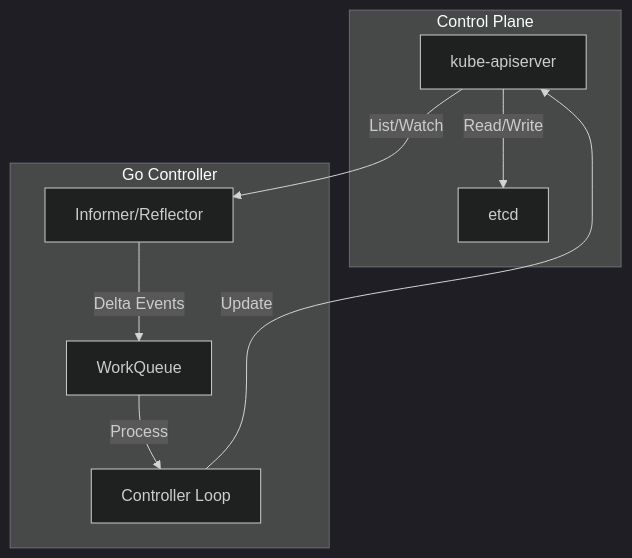
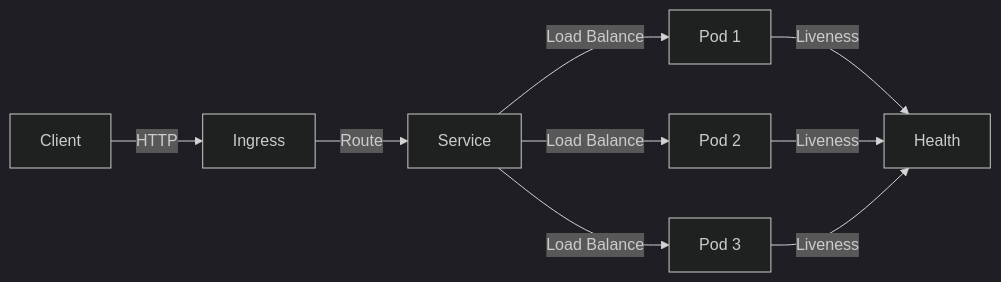
Before and after one commit to Leito2/Learning: the third of 3 diagrams in Software Engineering/02 - Go Engineering/02 - Go for Cloud Native/02 - Kubernetes Architecture Deep Dive.md, drawn with Mermaid (dark theme). The commit also changed other lines of this file and 41 other files, not shown here.

````diff
--- a/Software Engineering/02 - Go Engineering/02 - Go for Cloud Native/02 - Kubernetes Architecture Deep Dive.md
+++ b/Software Engineering/02 - Go Engineering/02 - Go for Cloud Native/02 - Kubernetes Architecture Deep Dive.md
@@ -67,17 +409,11 @@
 ```mermaid
-graph TB
-    subgraph "Control Plane"
-        API[kube-apiserver]
-        ETCD[etcd]
-    end
-    subgraph "Go Controller"
-        INF[Informer/Reflector]
-        W[WorkQueue]
-        C[Controller Loop]
-    end
-    API -->|List/Watch| INF
-    INF -->|Delta Events| W
-    W -->|Process| C
-    C -->|Update| API
-    API -->|Read/Write| ETCD
+graph LR
+    A[Client] -->|HTTP| B[Ingress]
+    B -->|Route| C[Service]
+    C -->|Load Balance| D[Pod 1]
+    C -->|Load Balance| E[Pod 2]
+    C -->|Load Balance| F[Pod 3]
+    D -->|Liveness| G[Health]
+    E -->|Liveness| G
+    F -->|Liveness| G
 ```
````
